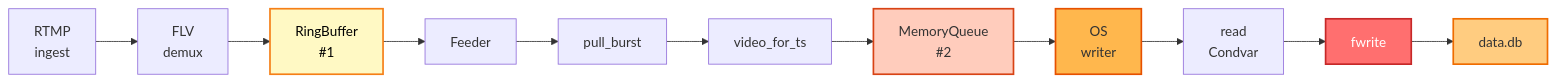
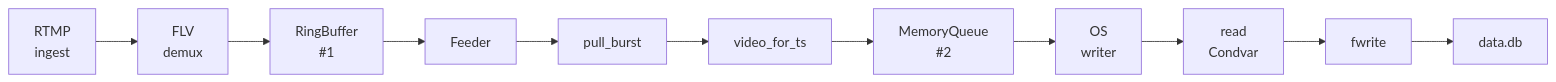
One commit to krsna1729/restream changed diagram 12 of 24 in docs/run-to-completion-analysis.md. Above: the diagram before and after it, drawn with Mermaid. The commit also changed other lines of this file and 6 other files, not shown here.

First line of the commit message:
docs: retire duplicate SVG and styled diagram variants

````diff
--- a/docs/run-to-completion-analysis.md
+++ b/docs/run-to-completion-analysis.md
@@ -457,12 +373,6 @@
 ```mermaid
-graph LR
+flowchart LR
     A["RTMP<br/>ingest"] --> B["FLV<br/>demux"] --> C["RingBuffer<br/>#1"] --> D["Feeder"]
     D --> E["pull_burst"] --> F["video_for_ts"] --> G["MemoryQueue<br/>#2"] --> H["OS<br/>writer"]
     H --> I["read<br/>Condvar"] --> J["fwrite"] --> K["data.db"]
-    
-    style C fill:#fff9c4,stroke:#f57f17,stroke-width:2px,color:#000
-    style G fill:#ffccbc,stroke:#d84315,stroke-width:2px,color:#333
-    style H fill:#ffb74d,stroke:#e65100,stroke-width:2px,color:#333
-    style J fill:#ff6f6f,stroke:#c62828,stroke-width:2px,color:#fff
-    style K fill:#ffcc80,stroke:#ef6c00,stroke-width:2px,color:#333
 ```
````
